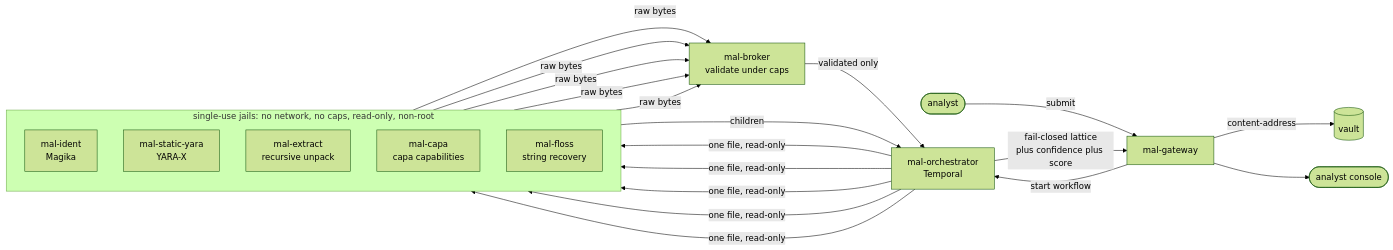
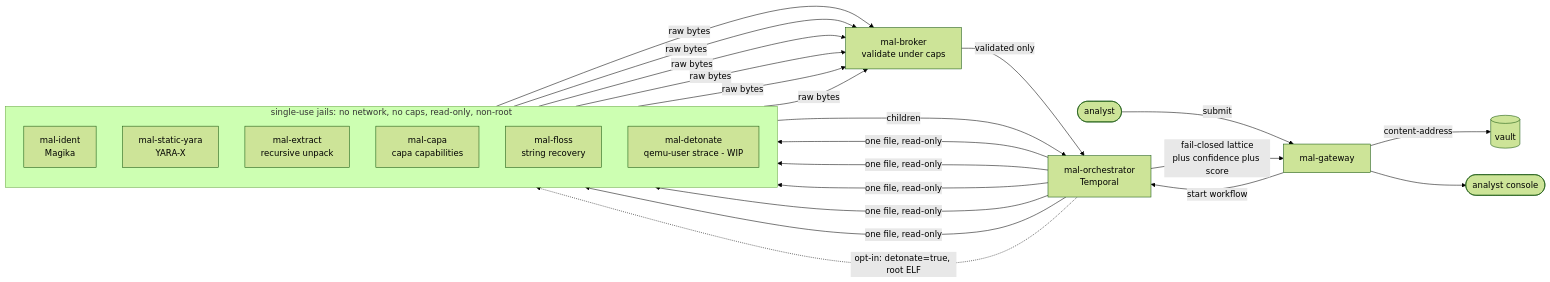
Before and after one commit to COLONAYUSH/OpenMalLab: the first of 2 diagrams in README.md, drawn with Mermaid (forest theme). The commit also changed other lines of this file and 6 other files, not shown here.

````diff
--- a/README.md
+++ b/README.md
@@ -120,22 +121,24 @@
 ```mermaid
 flowchart LR
   A([analyst]) -- submit --> GW[mal-gateway]
   GW -- content-address --> V[(vault)]
   GW -- start workflow --> OR[mal-orchestrator<br/>Temporal]
 
   subgraph JAIL [single-use jails: no network, no caps, read-only, non-root]
     direction TB
     ID[mal-ident<br/>Magika]
     YA[mal-static-yara<br/>YARA-X]
     EX[mal-extract<br/>recursive unpack]
     CA[mal-capa<br/>capa capabilities]
     FL[mal-floss<br/>string recovery]
+    DE[mal-detonate<br/>qemu-user strace - WIP]
   end
 
   OR -- one file, read-only --> ID & YA & EX & CA & FL
-  ID & YA & EX & CA & FL -- raw bytes --> BR[mal-broker<br/>validate under caps]
+  OR -. opt-in: detonate=true, root ELF .-> DE
+  ID & YA & EX & CA & FL & DE -- raw bytes --> BR[mal-broker<br/>validate under caps]
   BR -- validated only --> OR
   EX -- children --> OR
   OR -- fail-closed lattice<br/>plus confidence plus score --> GW
   GW --> CON([analyst console])
 ```
````
